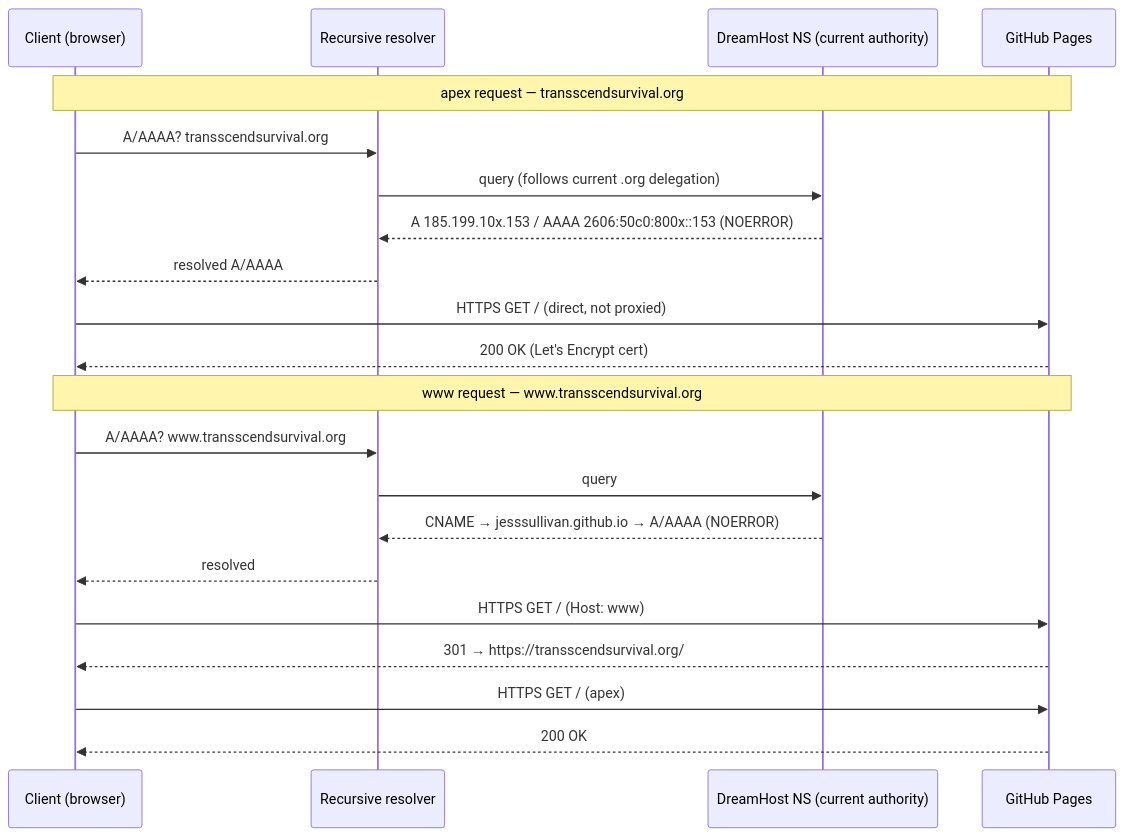
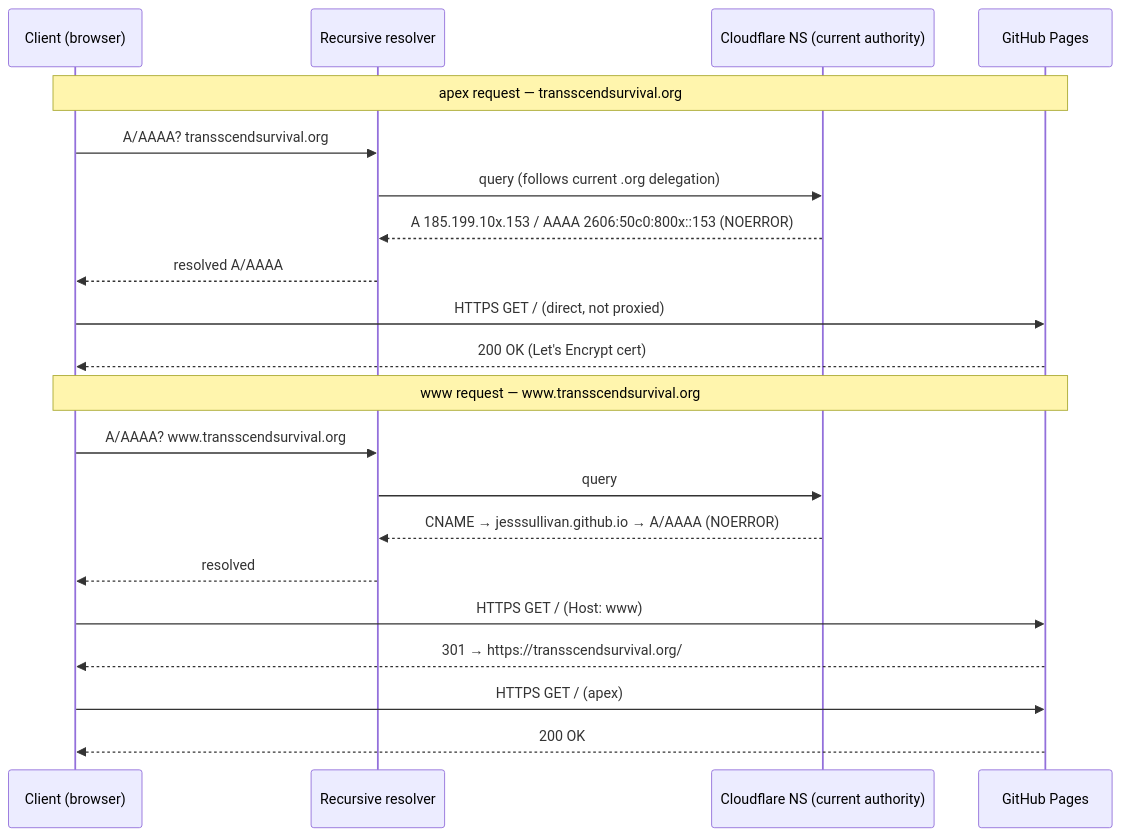
Before and after one commit to Jesssullivan/jesssullivan.github.io: the second of 5 diagrams in docs/dns-architecture.md, drawn with Mermaid. The commit also changed other lines of this file, not shown here.

Commit message:
docs: update DNS architecture current state

````diff
--- a/docs/dns-architecture.md
+++ b/docs/dns-architecture.md
@@ -76,25 +66,25 @@
 ```mermaid
 sequenceDiagram
     participant C as Client (browser)
     participant R as Recursive resolver
-    participant DH as DreamHost NS (current authority)
+    participant CF as Cloudflare NS (current authority)
     participant GHP as GitHub Pages
 
     Note over C,GHP: apex request — transscendsurvival.org
     C->>R: A/AAAA? transscendsurvival.org
-    R->>DH: query (follows current .org delegation)
-    DH-->>R: A 185.199.10x.153 / AAAA 2606:50c0:800x::153 (NOERROR)
+    R->>CF: query (follows current .org delegation)
+    CF-->>R: A 185.199.10x.153 / AAAA 2606:50c0:800x::153 (NOERROR)
     R-->>C: resolved A/AAAA
     C->>GHP: HTTPS GET / (direct, not proxied)
     GHP-->>C: 200 OK (Let's Encrypt cert)
 
     Note over C,GHP: www request — www.transscendsurvival.org
     C->>R: A/AAAA? www.transscendsurvival.org
-    R->>DH: query
-    DH-->>R: CNAME → jesssullivan.github.io → A/AAAA (NOERROR)
+    R->>CF: query
+    CF-->>R: CNAME → jesssullivan.github.io → A/AAAA (NOERROR)
     R-->>C: resolved
     C->>GHP: HTTPS GET / (Host: www)
     GHP-->>C: 301 → https://transscendsurvival.org/
     C->>GHP: HTTPS GET / (apex)
     GHP-->>C: 200 OK
 ```
````
